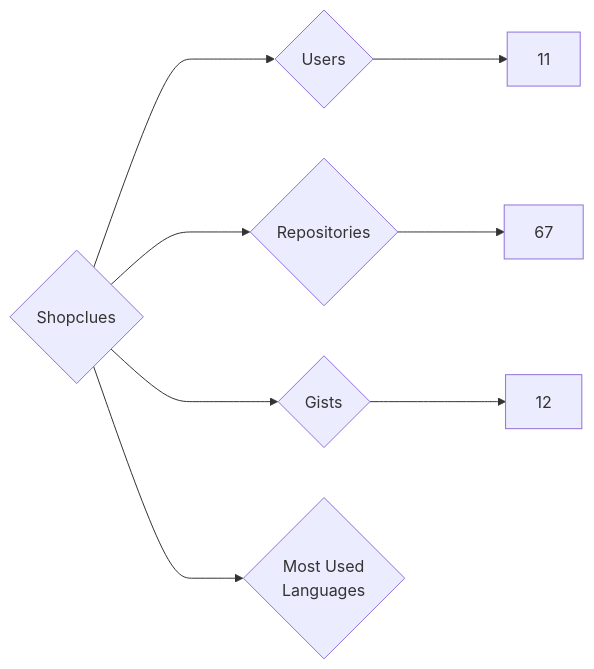
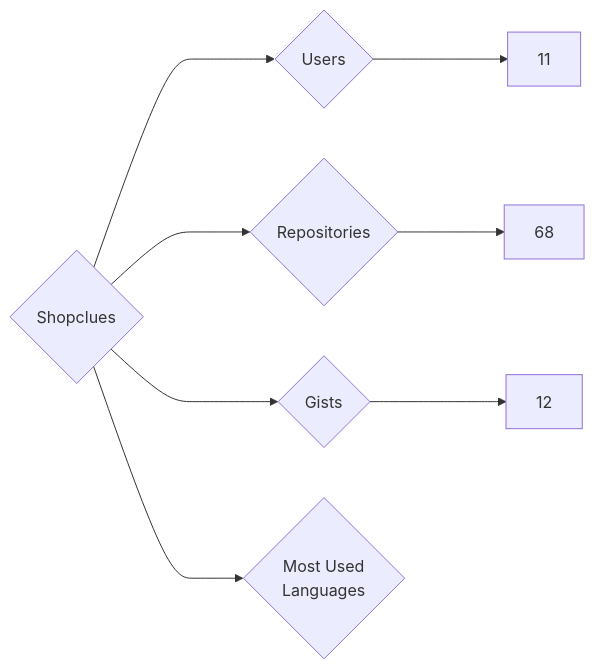
The diagram in targets/Shopclues/README.md (nenadzaric/insiders), drawn with Mermaid before and after one commit. The commit also changed 1342 other files, not shown here.

````diff
--- a/targets/Shopclues/README.md
+++ b/targets/Shopclues/README.md
@@ -3,8 +3,8 @@
 ```mermaid
 graph LR
 COMPANY_NAME{Shopclues}
 COMPANY_NAME ---> U{Users} ---> UN[11]
-COMPANY_NAME ---> R{Repositories} ---> RN[67]
+COMPANY_NAME ---> R{Repositories} ---> RN[68]
 COMPANY_NAME ---> G{Gists} ---> GN[12]
 COMPANY_NAME ---> ML{Most Used<br>Languages}
 ```
````
